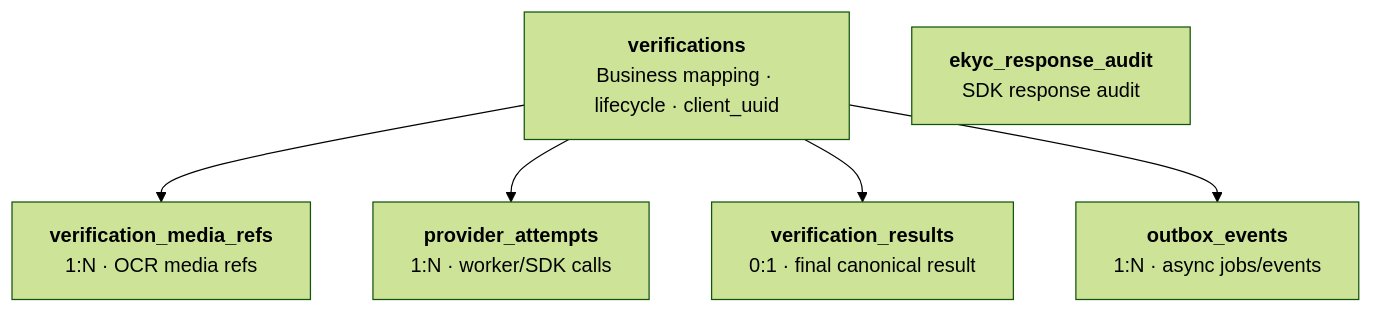
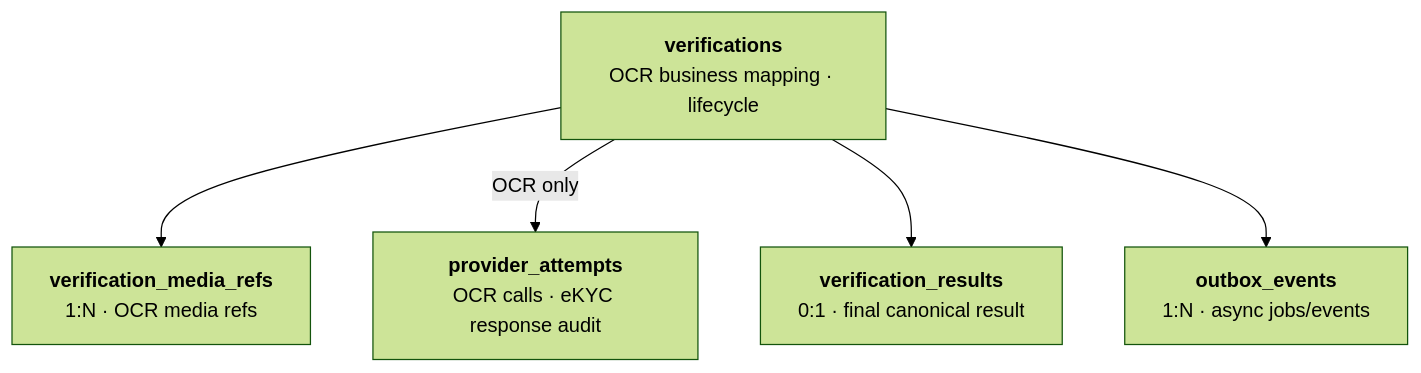
Before and after one commit to huynv-xyz/vhm: the seventh of 7 diagrams in noxh-ekyc.md, drawn with Mermaid (forest theme). The commit also changed other lines of this file, not shown here.

````diff
--- a/noxh-ekyc.md
+++ b/noxh-ekyc.md
@@ -534,20 +495,18 @@
 ```mermaid
 flowchart TB
     VERIFICATION["`**verifications**
-Business mapping · lifecycle · client_uuid`"]
+OCR business mapping · lifecycle`"]
     MEDIA["`**verification_media_refs**
 1:N · OCR media refs`"]
     ATTEMPT["`**provider_attempts**
-1:N · worker/SDK calls`"]
+OCR calls · eKYC response audit`"]
     RESULT["`**verification_results**
 0:1 · final canonical result`"]
     OUTBOX["`**outbox_events**
 1:N · async jobs/events`"]
-    EKYC_AUDIT["`**ekyc_response_audit**
-SDK response audit`"]
 
     VERIFICATION --> MEDIA
-    VERIFICATION --> ATTEMPT
+    VERIFICATION -->|"OCR only"| ATTEMPT
     VERIFICATION --> RESULT
     VERIFICATION --> OUTBOX
 ```
````
